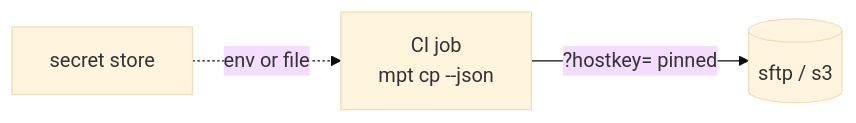
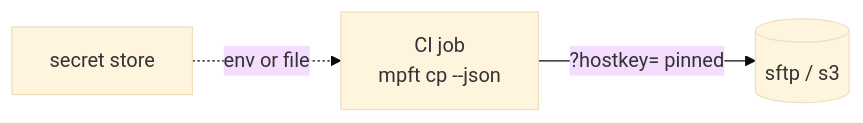
Before and after one commit to manuelbusch/mpft: the second of 6 diagrams in user_guide/src/server/deployment.md, drawn with Mermaid (base theme). The commit also changed other lines of this file and 108 other files, not shown here.

````diff
--- a/user_guide/src/server/deployment.md
+++ b/user_guide/src/server/deployment.md
@@ -34,5 +34,5 @@
 ```mermaid
 flowchart LR
-    CI[CI job<br/>mpt cp --json] -- "?hostkey= pinned" --> S[(sftp / s3)]
+    CI[CI job<br/>mpft cp --json] -- "?hostkey= pinned" --> S[(sftp / s3)]
     V[secret store] -. "env or file" .-> CI
 ```
````
